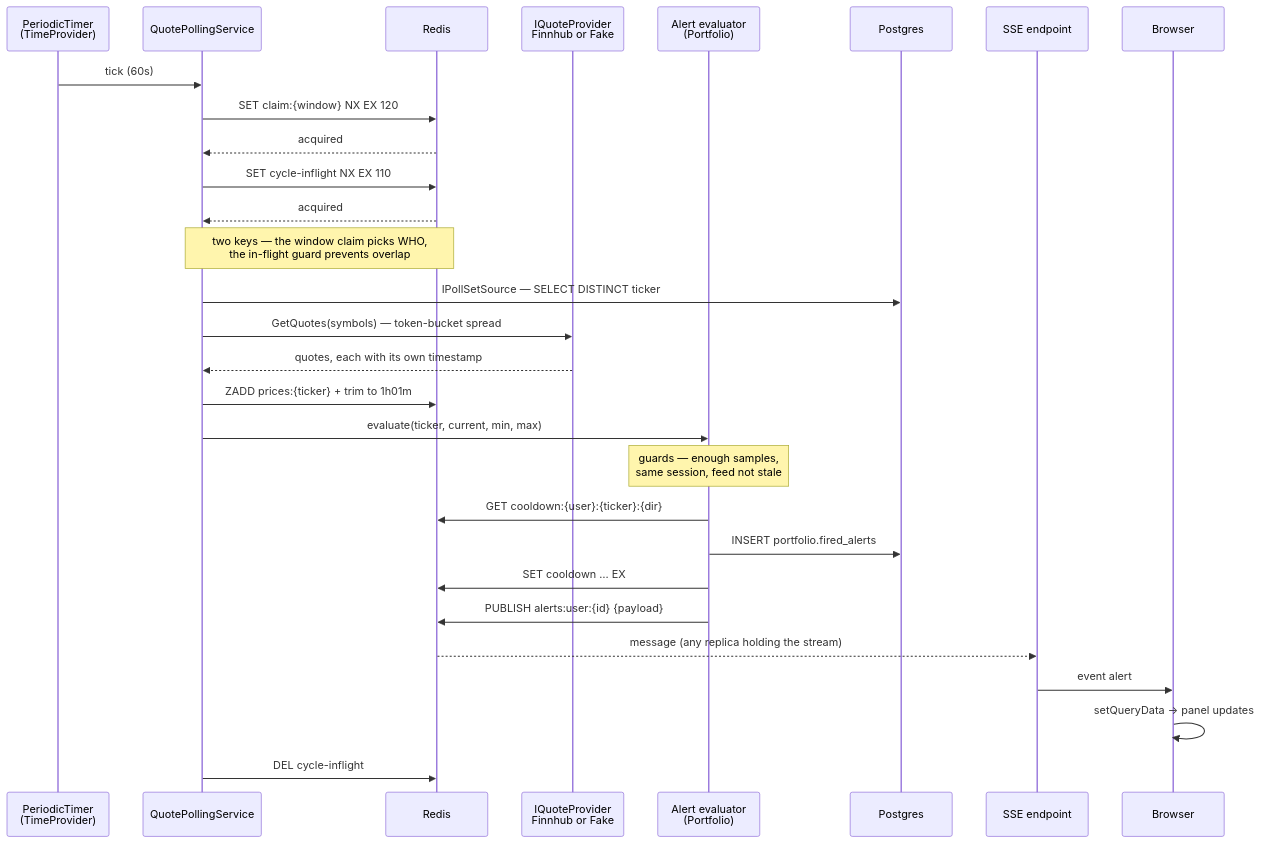
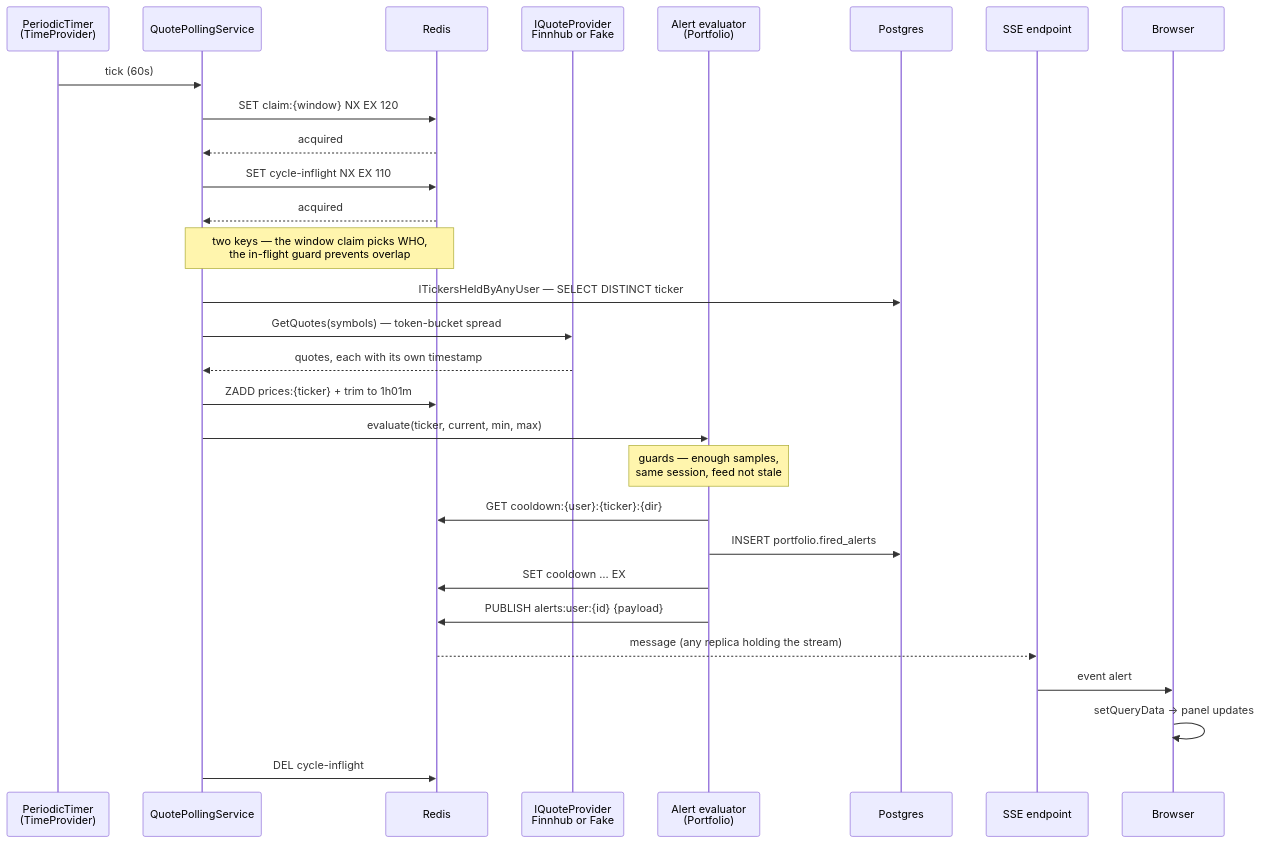
One commit to Dilicidum/StockPortfolio changed the second of 4 diagrams in docs/plan/module-interactions.md. Above: the diagram before and after it, drawn with Mermaid. The commit also changed other lines of this file and 9 other files, not shown here.

````diff
--- a/docs/plan/module-interactions.md
+++ b/docs/plan/module-interactions.md
@@ -81,36 +81,36 @@
 ```mermaid
 sequenceDiagram
     participant T as PeriodicTimer<br/>(TimeProvider)
     participant P as QuotePollingService
     participant R as Redis
     participant F as IQuoteProvider<br/>Finnhub or Fake
     participant E as Alert evaluator<br/>(Portfolio)
     participant DB as Postgres
     participant S as SSE endpoint
     participant B as Browser
 
     T->>P: tick (60s)
     P->>R: SET claim:{window} NX EX 120
     R-->>P: acquired
     P->>R: SET cycle-inflight NX EX 110
     R-->>P: acquired
     Note over P,R: two keys — the window claim picks WHO,<br/>the in-flight guard prevents overlap
 
-    P->>DB: IPollSetSource — SELECT DISTINCT ticker
+    P->>DB: ITickersHeldByAnyUser — SELECT DISTINCT ticker
     P->>F: GetQuotes(symbols) — token-bucket spread
     F-->>P: quotes, each with its own timestamp
     P->>R: ZADD prices:{ticker} + trim to 1h01m
 
     P->>E: evaluate(ticker, current, min, max)
     Note over E: guards — enough samples,<br/>same session, feed not stale
     E->>R: GET cooldown:{user}:{ticker}:{dir}
     E->>DB: INSERT portfolio.fired_alerts
     E->>R: SET cooldown … EX
     E->>R: PUBLISH alerts:user:{id} {payload}
 
     R-->>S: message (any replica holding the stream)
     S->>B: event alert
     B->>B: setQueryData → panel updates
 
     P->>R: DEL cycle-inflight
 ```
````
